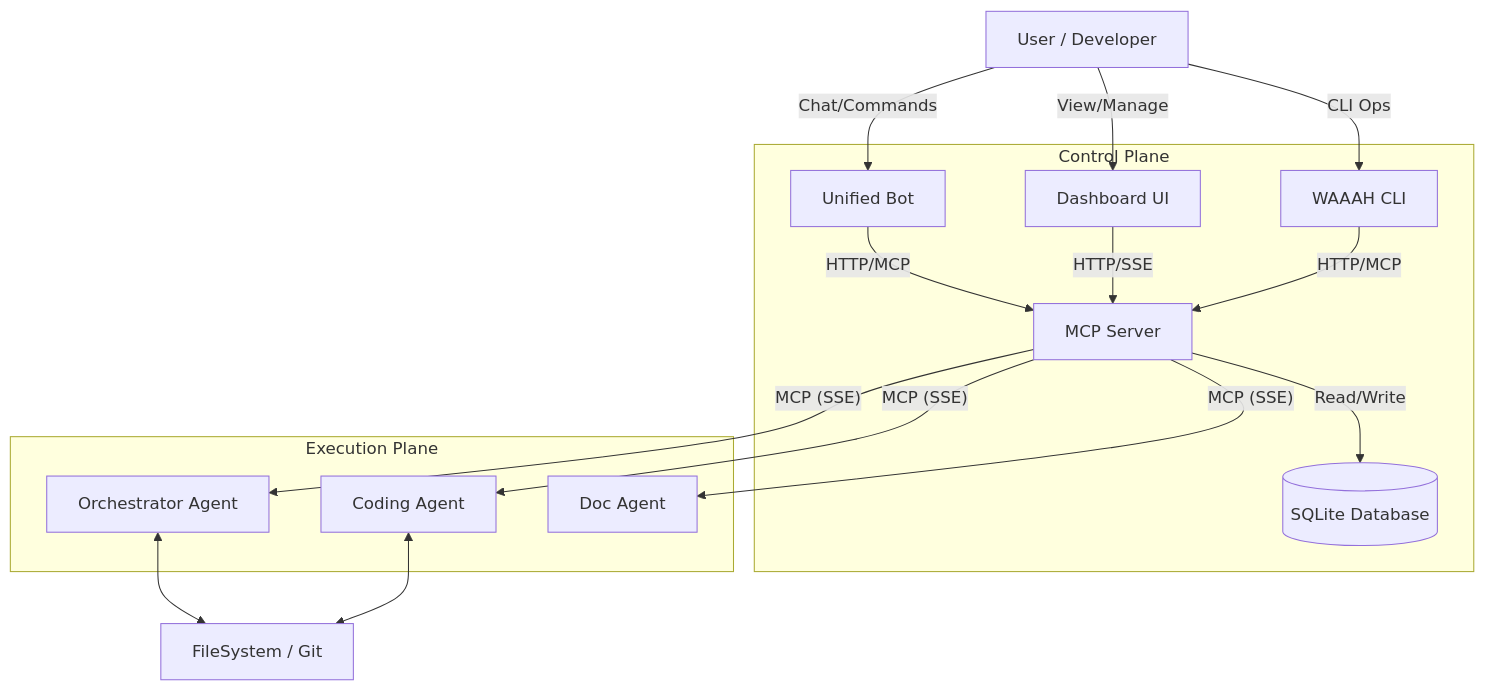
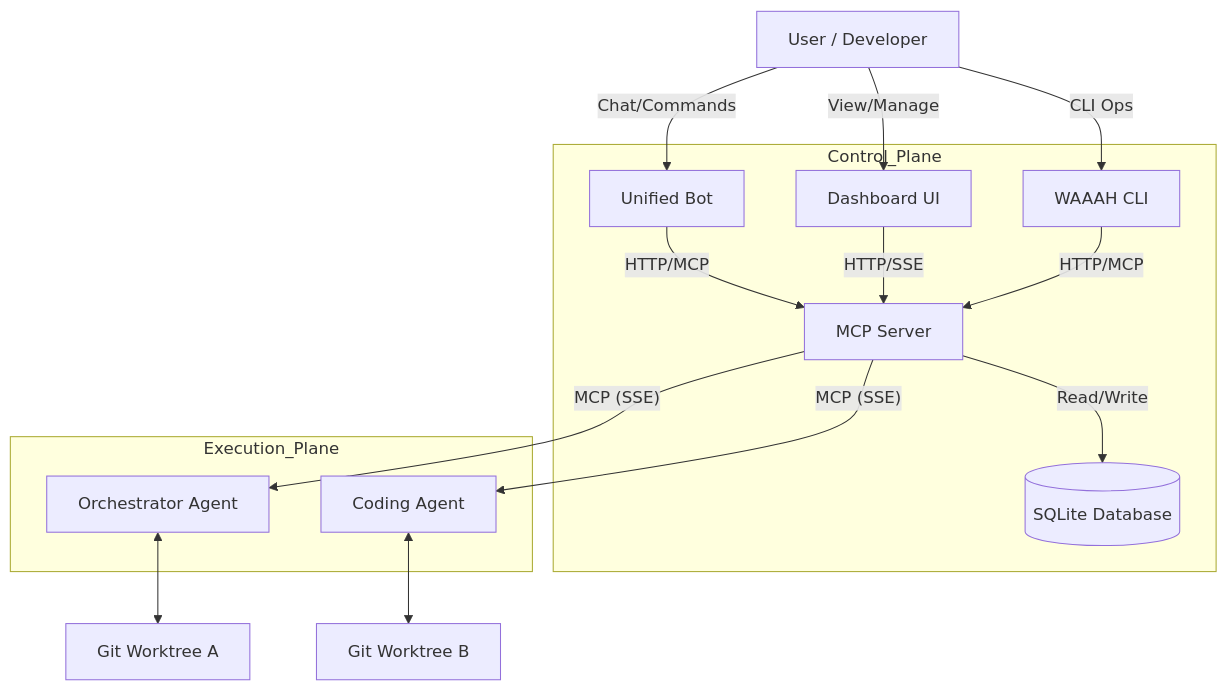
Before and after one commit to OpenSourceWTF/WAAAH: the first of 2 diagrams in ARCHITECTURE.md, drawn with Mermaid. The commit also changed other lines of this file, not shown here.

Commit message:
docs: architecture update with worktree and state machine clarifications

````diff
--- a/ARCHITECTURE.md
+++ b/ARCHITECTURE.md
@@ -24,22 +25,21 @@
 ```mermaid
 graph TD
     User[User / Developer] -->|Chat/Commands| Bot[Unified Bot]
     User -->|View/Manage| Dash[Dashboard UI]
     User -->|CLI Ops| CLI[WAAAH CLI]
 
-    subgraph "Control Plane"
+    subgraph Control_Plane
         Bot -->|HTTP/MCP| Server[MCP Server]
         Dash -->|HTTP/SSE| Server
         CLI -->|HTTP/MCP| Server
         Server -->|Read/Write| DB[(SQLite Database)]
     end
 
-    subgraph "Execution Plane"
+    subgraph Execution_Plane
         Server --"MCP (SSE)"--> Agent1[Orchestrator Agent]
         Server --"MCP (SSE)"--> Agent2[Coding Agent]
-        Server --"MCP (SSE)"--> Agent3[Doc Agent]
     end
 
-    Agent1 <--> FS[FileSystem / Git]
-    Agent2 <--> FS
+    Agent1 <--> WORKTREE1[Git Worktree A]
+    Agent2 <--> WORKTREE2[Git Worktree B]
 ```
````
